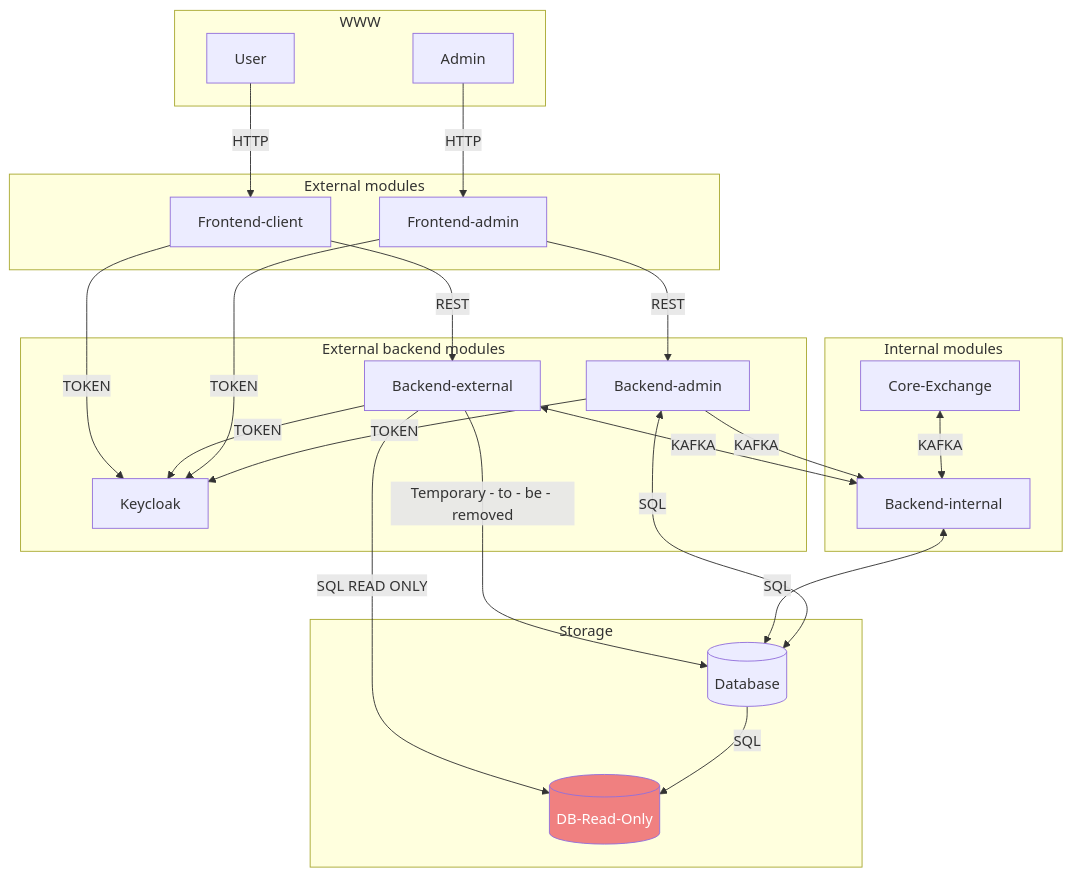
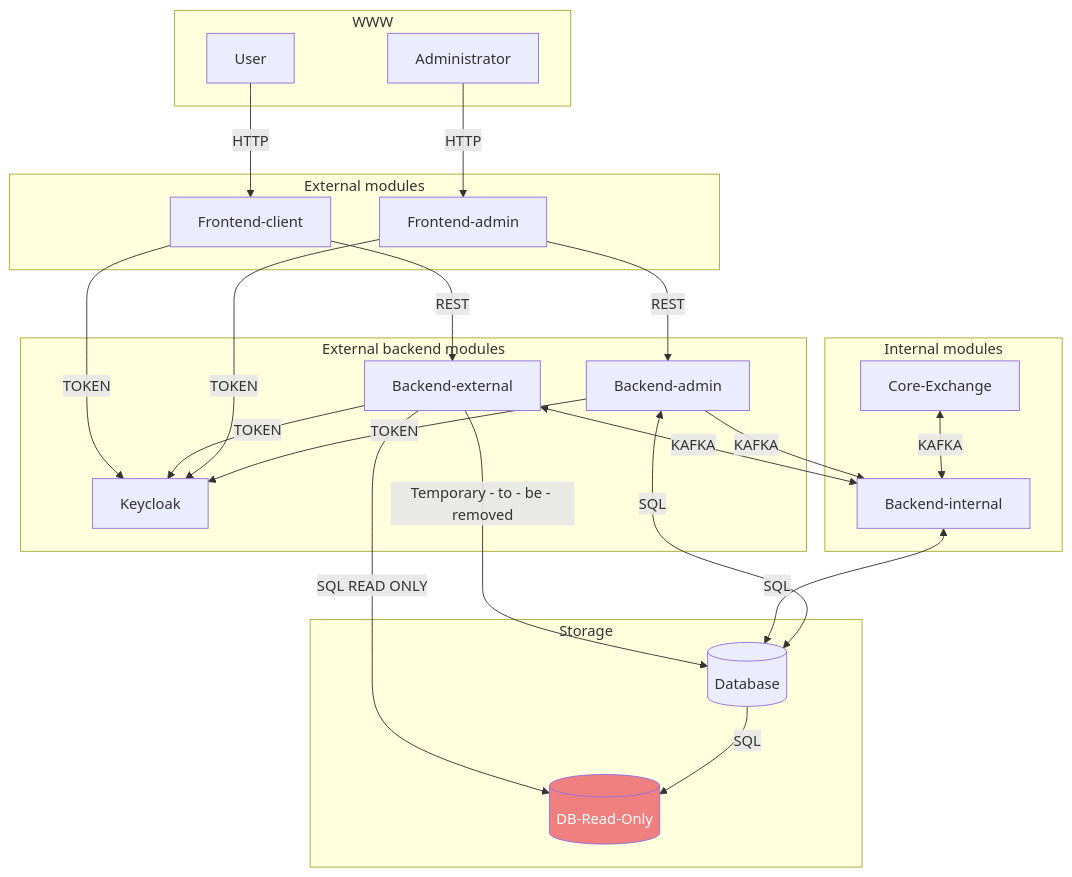
One commit to tomasz-franek/exchange-platform changed the diagram in docs/architecture.md. Above: the diagram before and after it, drawn with Mermaid. The commit also changed 2 other files, not shown here.

````diff
--- a/docs/architecture.md
+++ b/docs/architecture.md
@@ -6,49 +6,49 @@
 ```mermaid
 graph TD
     User[User]
-%%    Admin[Administrator]
+    Admin[Administrator]
     DB[(Database)]
     DB-Read-Only[(DB-Read-Only)]
     User -->|HTTP| Frontend-client
     Admin -->|HTTP| Frontend-admin
     Frontend-client -->|TOKEN| Keycloak
     Backend-external -->|TOKEN| Keycloak
     Backend-external <-->|KAFKA| Backend-internal
     Frontend-admin -->|TOKEN| Keycloak
     Backend-admin -->|TOKEN| Keycloak
     Backend-admin -->|KAFKA| Backend-internal
     Frontend-client -->|REST| Backend-external
     Core-Exchange <-->|KAFKA| Backend-internal
     Frontend-admin -->|REST| Backend-admin
     Backend-external -->|SQL READ ONLY| DB-Read-Only
     Backend-external -->|Temporary - to - be - removed| DB
     Backend-internal <-->|SQL| DB
     Backend-admin <-->|SQL| DB
     DB -->|SQL| DB-Read-Only
 
     subgraph WWW
         Admin
         User
     end
 
     subgraph External modules
         Frontend-admin
         Frontend-client
     end
     subgraph External backend  modules
         Backend-external
         Backend-admin
         Keycloak
     end
     subgraph Internal modules
         Backend-internal
         Core-Exchange
     end
 
     subgraph Storage
         DB
         DB-Read-Only
     end
     classDef badBadEvent fill: #F08080, color: white
     class DB-Read-Only badBadEvent
 ```
````
